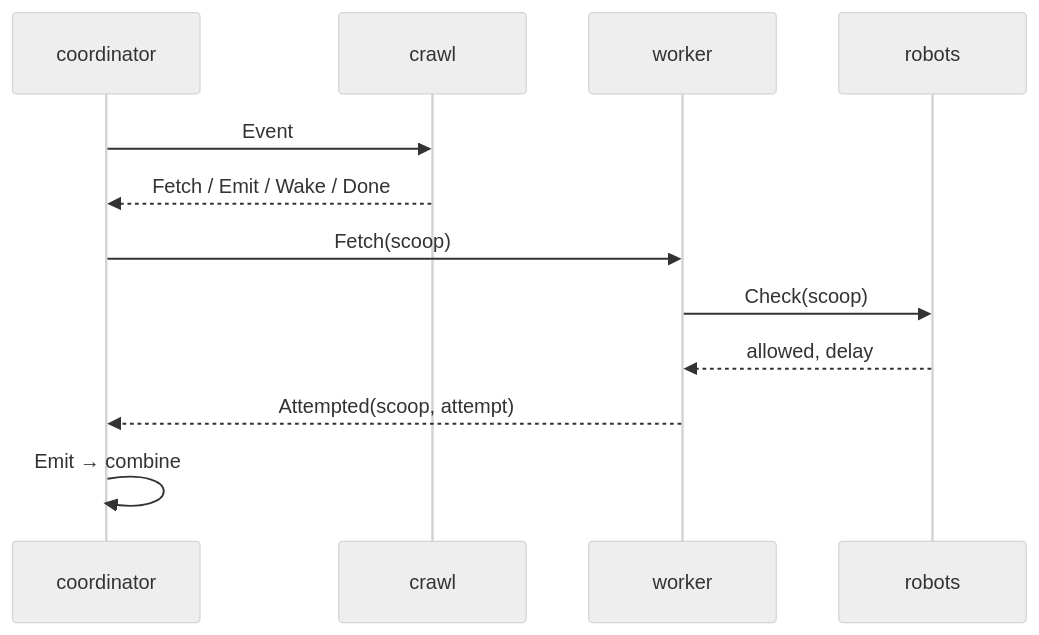
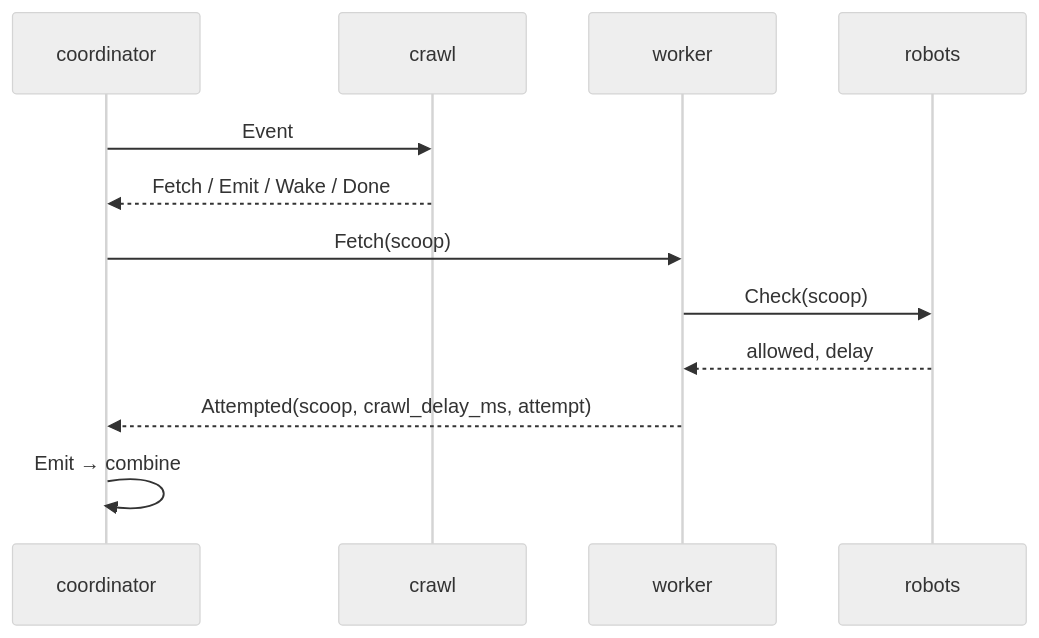
One commit to kevinschweikert/spoon changed the third of 3 diagrams in TODO.md. Above: the diagram before and after it, drawn with Mermaid (neutral theme). The commit also changed other lines of this file and 11 other files, not shown here.

````diff
--- a/TODO.md
+++ b/TODO.md
@@ -44,14 +44,14 @@
 ```mermaid
 sequenceDiagram
   participant C as coordinator
   participant K as crawl
   participant W as worker
   participant P as robots
   C->>K: Event
   K-->>C: Fetch / Emit / Wake / Done
   C->>W: Fetch(scoop)
   W->>P: Check(scoop)
   P-->>W: allowed, delay
-  W-->>C: Attempted(scoop, attempt)
+  W-->>C: Attempted(scoop, crawl_delay_ms, attempt)
   C->>C: Emit → combine
 ```
````
